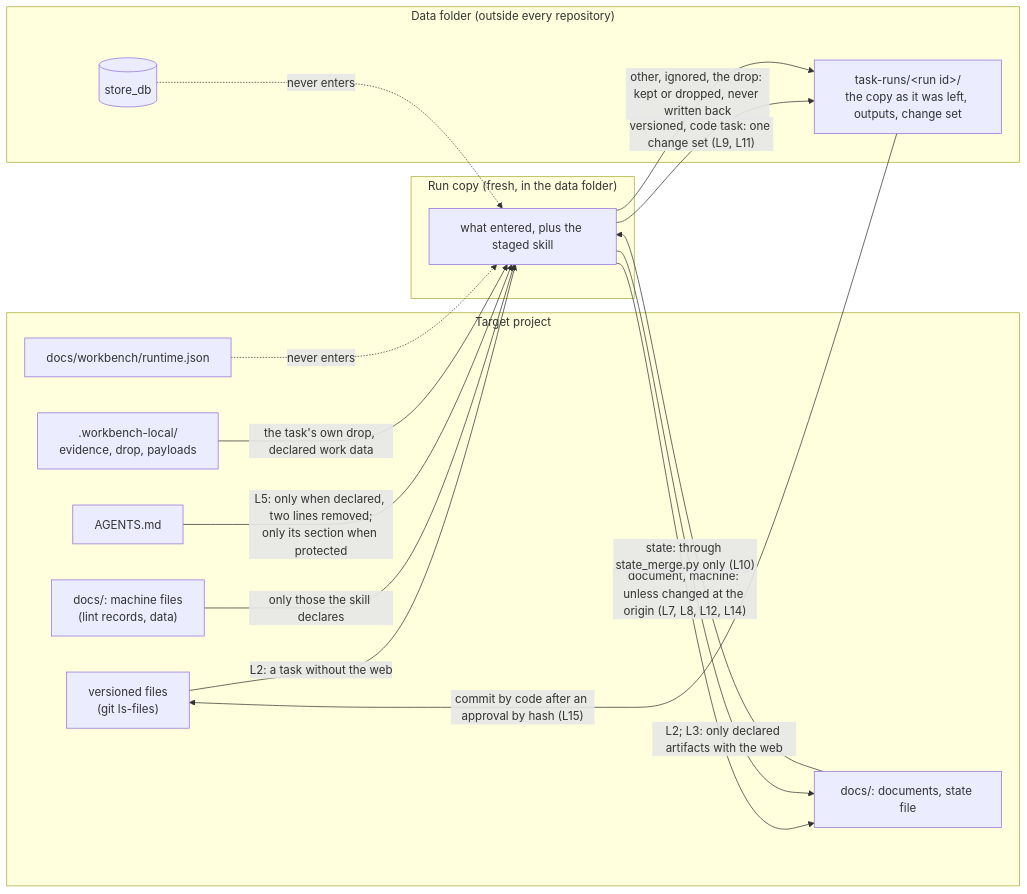
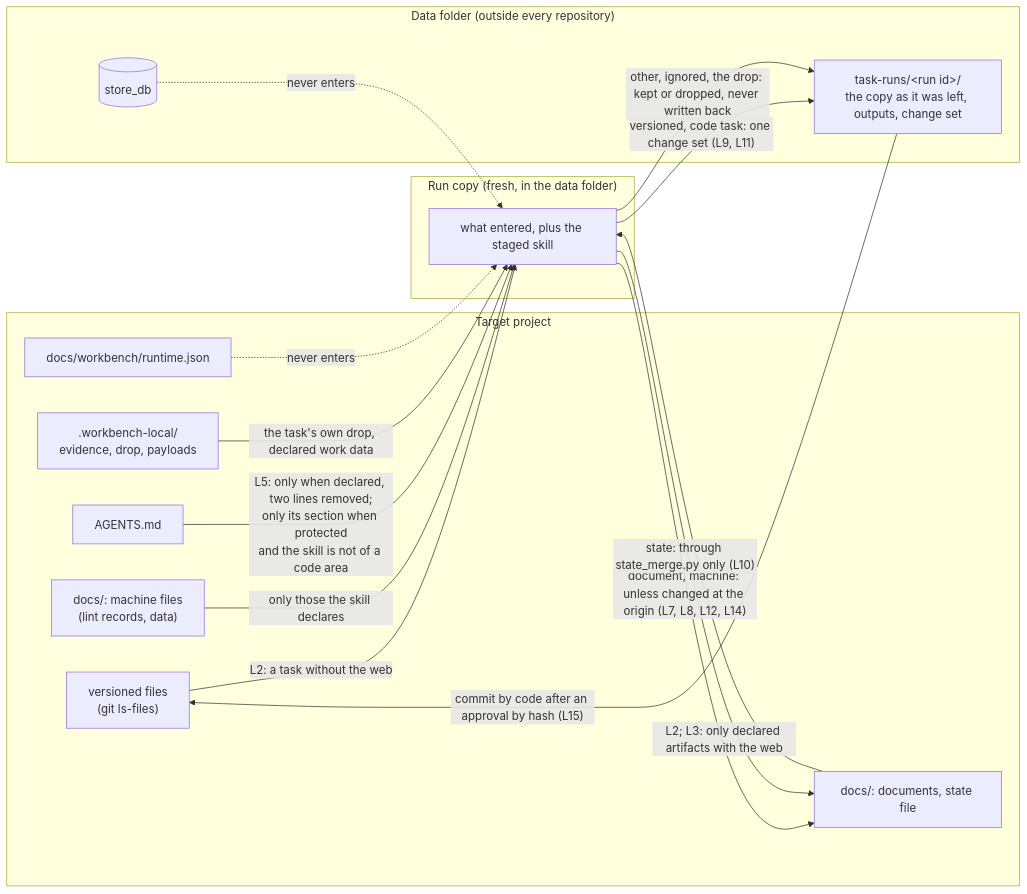
Before and after one commit to chrissgon/ai-workbench: the diagram in docs/architecture/platform/project.md, drawn with Mermaid. The commit also changed other lines of this file and 2 other files, not shown here.

First line of the commit message:
docs(architecture): the project and contracts pages follow the code (WP-D.4)

````diff
--- a/docs/architecture/platform/project.md
+++ b/docs/architecture/platform/project.md
@@ -11,32 +11,32 @@
 ```mermaid
 flowchart LR
     subgraph PJ["Target project"]
         V["versioned files<br/>(git ls-files)"]
         D["docs/: documents, state file"]
         M["docs/: machine files<br/>(lint records, data)"]
         A["AGENTS.md"]
         L[".workbench-local/<br/>evidence, drop, payloads"]
         CFG["docs/workbench/runtime.json"]
     end
     subgraph RUN["Run copy (fresh, in the data folder)"]
         C["what entered, plus the staged skill"]
     end
     subgraph DATA["Data folder (outside every repository)"]
         RF["task-runs/&lt;run id&gt;/<br/>the copy as it was left, outputs, change set"]
         STORE[("store_db")]
     end
 
     V -->|"L2: a task without the web"| C
     D -->|"L2; L3: only declared artifacts with the web"| C
     M -->|"only those the skill declares"| C
-    A -->|"L5: only when declared, two lines removed;<br/>only its section when protected"| C
+    A -->|"L5: only when declared, two lines removed;<br/>only its section when protected<br/>and the skill is not of a code area"| C
     L -->|"the task's own drop, declared work data"| C
     CFG -.->|"never enters"| C
     STORE -.->|"never enters"| C
 
     C -->|"document, machine: unless changed at the origin (L7, L8, L12, L14)"| D
     C -->|"state: through state_merge.py only (L10)"| D
     C -->|"versioned, code task: one change set (L9, L11)"| RF
     C -->|"other, ignored, the drop: kept or dropped, never written back"| RF
     RF -->|"commit by code after an approval by hash (L15)"| V
 ```
````
